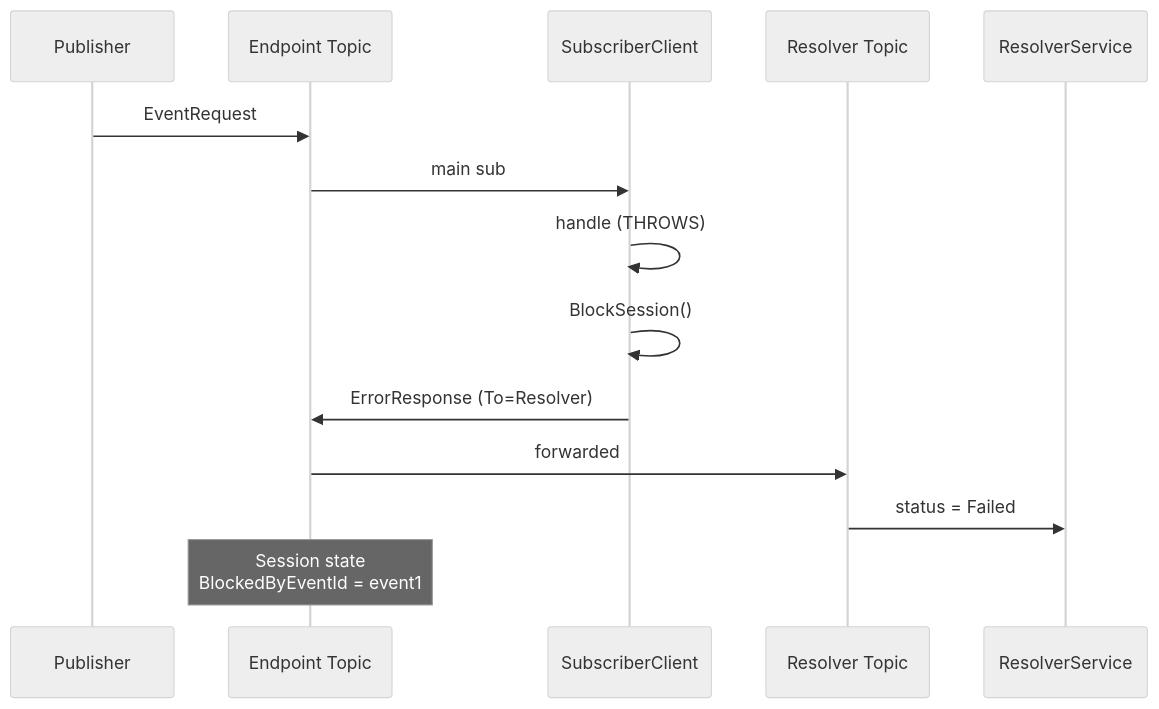
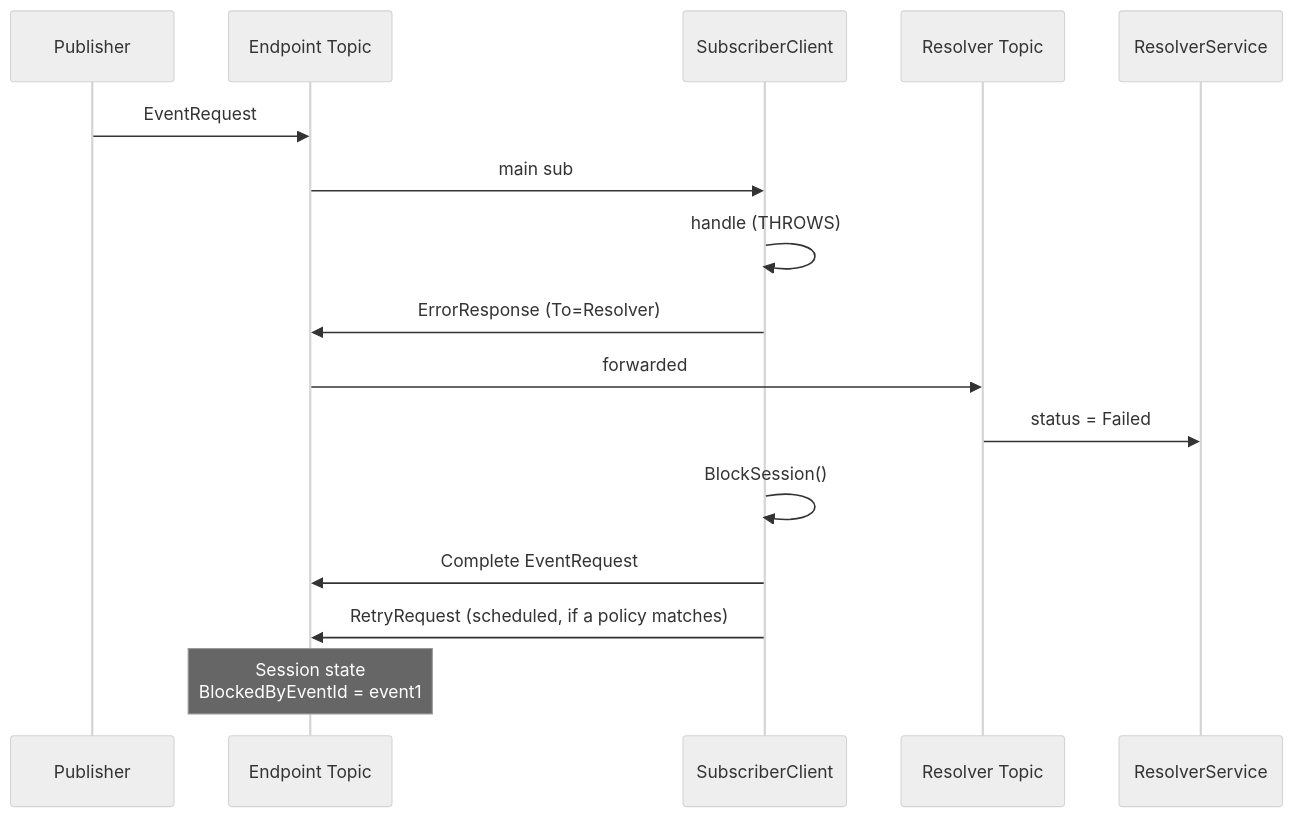
Before and after one commit to ErikEJ/NimBus: the third of 14 diagrams in docs/message-flows.md, drawn with Mermaid (neutral theme). The commit also changed other lines of this file and 13 other files, not shown here.

````diff
--- a/docs/message-flows.md
+++ b/docs/message-flows.md
@@ -83,17 +83,19 @@
 ```mermaid
 sequenceDiagram
     participant Pub as Publisher
     participant Ep as Endpoint Topic
     participant Sub as SubscriberClient
     participant Res as Resolver Topic
     participant Svc as ResolverService
 
     Pub->>Ep: EventRequest
     Ep->>Sub: main sub
     Sub->>Sub: handle (THROWS)
-    Sub->>Sub: BlockSession()
     Sub->>Ep: ErrorResponse (To=Resolver)
     Ep->>Res: forwarded
     Res->>Svc: status = Failed
+    Sub->>Sub: BlockSession()
+    Sub->>Ep: Complete EventRequest
+    Sub->>Ep: RetryRequest (scheduled, if a policy matches)
     Note over Ep: Session state<br/>BlockedByEventId = event1
 ```
````
